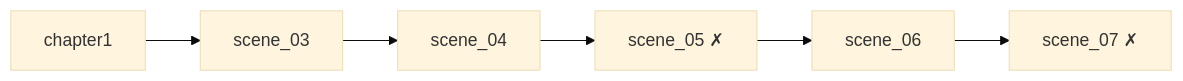
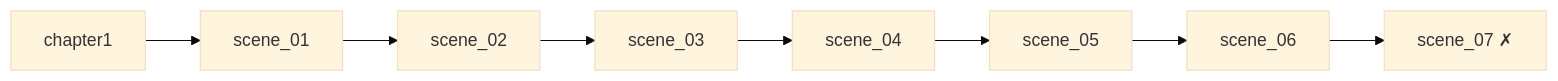
Before and after one commit to manselot/Furry-Paradise: the diagram in Сцены/Сцены.md, drawn with Mermaid (base theme). The commit also changed other lines of this file and 26 other files, not shown here.

````diff
--- a/Сцены/Сцены.md
+++ b/Сцены/Сцены.md
@@ -18,4 +22,4 @@
 ```mermaid
 flowchart LR
-    c1[chapter1] --> s3[scene_03] --> s4[scene_04] --> s5[scene_05 ✗] --> s6[scene_06] --> s7[scene_07 ✗]
+    c1[chapter1] --> s1[scene_01] --> s2[scene_02] --> s3[scene_03] --> s4[scene_04] --> s5[scene_05] --> s6[scene_06] --> s7[scene_07 ✗]
 ```
````
